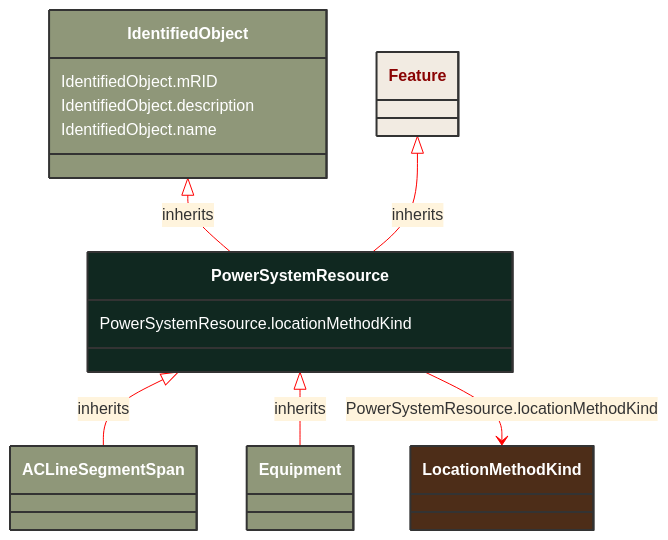
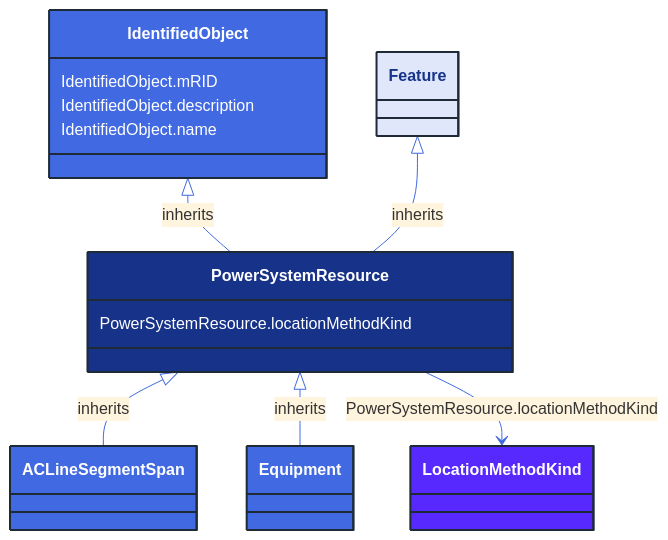
Before and after one commit to 3lbits/NoCIMExtensions: the diagram in docs/Models/Profiles/AviationObstacle/AbstractClasses/PowerSystemResource.md, drawn with Mermaid. The commit also changed 362 other files, not shown here.

First line of the commit message:
Update diagrams and styles for improved visual consistency

````diff
--- a/docs/Models/Profiles/AviationObstacle/AbstractClasses/PowerSystemResource.md
+++ b/docs/Models/Profiles/AviationObstacle/AbstractClasses/PowerSystemResource.md
@@ -10,39 +10,39 @@
 ```mermaid
-%%{init: {'theme':'base','themeVariables': {'lineColor': '#FF0000'}}}%%
+%%{init: {'theme':'base','themeVariables': {'lineColor': '#4169E1'}}}%%
 classDiagram
     class PowerSystemResource
     click PowerSystemResource href "/Models/Profiles/AviationObstacle/AbstractClasses/PowerSystemResource/"
-    style PowerSystemResource fill:#102820,stroke:#333,stroke-width:2px,rx:10,ry:10,color:white
+    style PowerSystemResource fill:#163289,stroke:#1F2A37,stroke-width:2px,rx:10,ry:10,color:white
 
         PowerSystemResource <|-- ACLineSegmentSpan : inherits
 
         ACLineSegmentSpan
             click ACLineSegmentSpan href "/Models/Profiles/AviationObstacle/ConcreteClasses/ACLineSegmentSpan/"
-            style ACLineSegmentSpan fill:#8F9779,stroke:#333,stroke-width:2px,rx:10,ry:10,color:white
+            style ACLineSegmentSpan fill:#4169E1,stroke:#1F2A37,stroke-width:2px,rx:10,ry:10,color:white
 
         PowerSystemResource <|-- Equipment : inherits
 
         Equipment
             click Equipment href "/Models/Profiles/AviationObstacle/AbstractClasses/Equipment/"
-            style Equipment fill:#8F9779,stroke:#333,stroke-width:2px,rx:10,ry:10,color:white
+            style Equipment fill:#4169E1,stroke:#1F2A37,stroke-width:2px,rx:10,ry:10,color:white
      
         IdentifiedObject <|-- PowerSystemResource : inherits
             click IdentifiedObject href "/Models/Profiles/AviationObstacle/AbstractClasses/IdentifiedObject/"
-            style IdentifiedObject fill:#8F9779,stroke:#333,stroke-width:2px,rx:10,ry:10,color:white
+            style IdentifiedObject fill:#4169E1,stroke:#1F2A37,stroke-width:2px,rx:10,ry:10,color:white
 
         Feature <|-- PowerSystemResource : inherits
             click Feature href "/Models/Profiles/AviationObstacle/AbstractClasses/Feature/"
-            style Feature fill:#F2EBE2,stroke:#333,stroke-width:2px,rx:10,ry:10,color:#8A0303
+            style Feature fill:#E0E7FA,stroke:#1F2A37,stroke-width:2px,rx:10,ry:10,color:#163289
 
 
         PowerSystemResource --> LocationMethodKind : PowerSystemResource.locationMethodKind
 
         LocationMethodKind
             click LocationMethodKind href "/Models/Profiles/AviationObstacle/Enumerations/LocationMethodKind/"
-            style LocationMethodKind fill:#4D2D18,stroke:#333,stroke-width:2px,rx:10,ry:10,color:white
+            style LocationMethodKind fill:#5729FF,stroke:#1F2A37,stroke-width:2px,rx:10,ry:10,color:white
 
         PowerSystemResource : PowerSystemResource.locationMethodKind
         IdentifiedObject : IdentifiedObject.mRID
         IdentifiedObject : IdentifiedObject.description
         IdentifiedObject : IdentifiedObject.name
 ```
````
